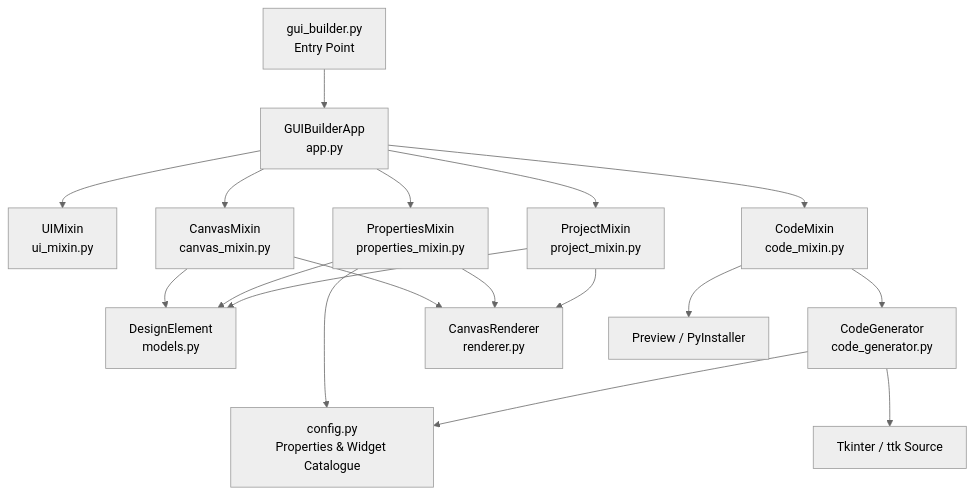
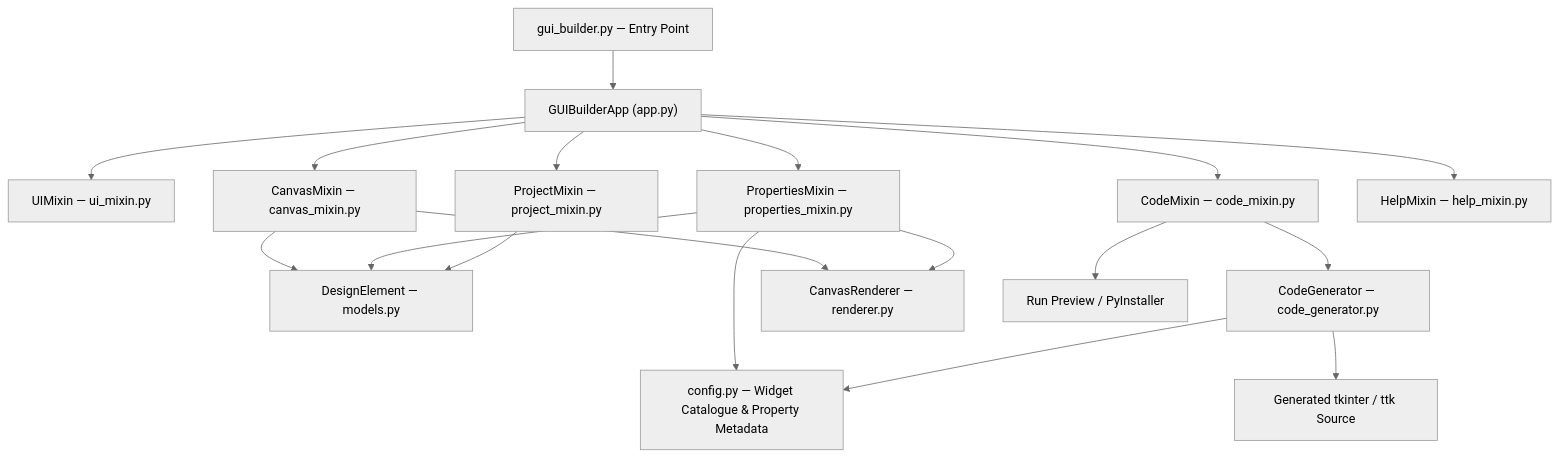
The diagram in README.md (rahilkasimi/GuiBuilder), drawn with Mermaid (neutral theme) before and after one commit. The commit also changed other lines of this file and 1 other file, not shown here.

````diff
--- a/README.md
+++ b/README.md
@@ -424,21 +271,21 @@
 ```mermaid
 flowchart TD
-    A[gui_builder.py\nEntry Point] --> B[GUIBuilderApp\napp.py]
-    B --> C[UIMixin\nui_mixin.py]
-    B --> D[CanvasMixin\ncanvas_mixin.py]
-    B --> E[PropertiesMixin\nproperties_mixin.py]
-    B --> F[ProjectMixin\nproject_mixin.py]
-    B --> G[CodeMixin\ncode_mixin.py]
+    A["gui_builder.py — Entry Point"] --> B["GUIBuilderApp (app.py)"]
+    B --> C["UIMixin — ui_mixin.py"]
+    B --> D["CanvasMixin — canvas_mixin.py"]
+    B --> E["PropertiesMixin — properties_mixin.py"]
+    B --> F["ProjectMixin — project_mixin.py"]
+    B --> G["CodeMixin — code_mixin.py"]
+    B --> H["HelpMixin — help_mixin.py"]
 
-    D --> H[DesignElement\nmodels.py]
-    E --> H
-    F --> H
-    G --> I[CodeGenerator\ncode_generator.py]
-    D --> J[CanvasRenderer\nrenderer.py]
-    E --> J
-    F --> J
-    I --> K[Tkinter / ttk Source]
-    G --> L[Preview / PyInstaller]
-    E --> M[config.py\nProperties & Widget Catalogue]
-    I --> M
+    D --> M["DesignElement — models.py"]
+    E --> M
+    F --> M
+    G --> N["CodeGenerator — code_generator.py"]
+    D --> R["CanvasRenderer — renderer.py"]
+    E --> R
+    N --> S["Generated tkinter / ttk Source"]
+    G --> P["Run Preview / PyInstaller"]
+    E --> K["config.py — Widget Catalogue & Property Metadata"]
+    N --> K
 ```
````
